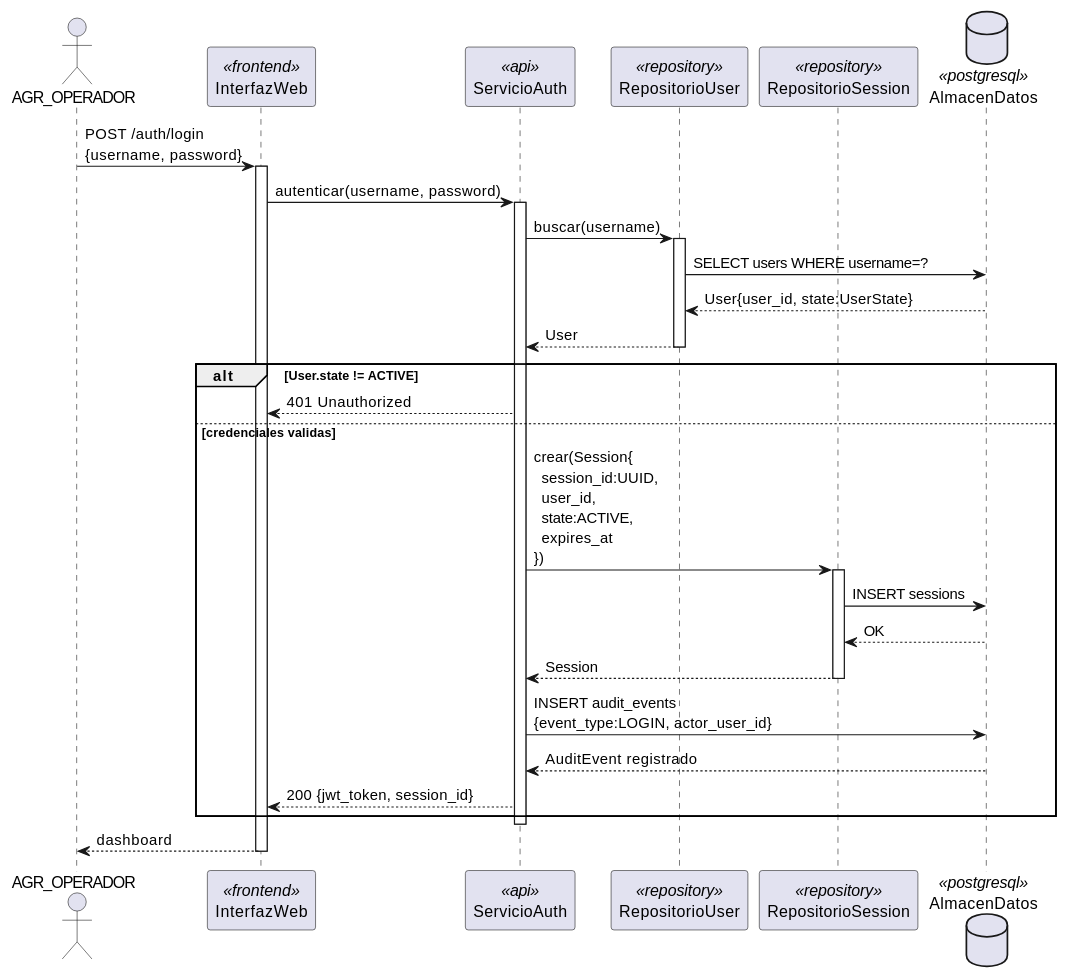
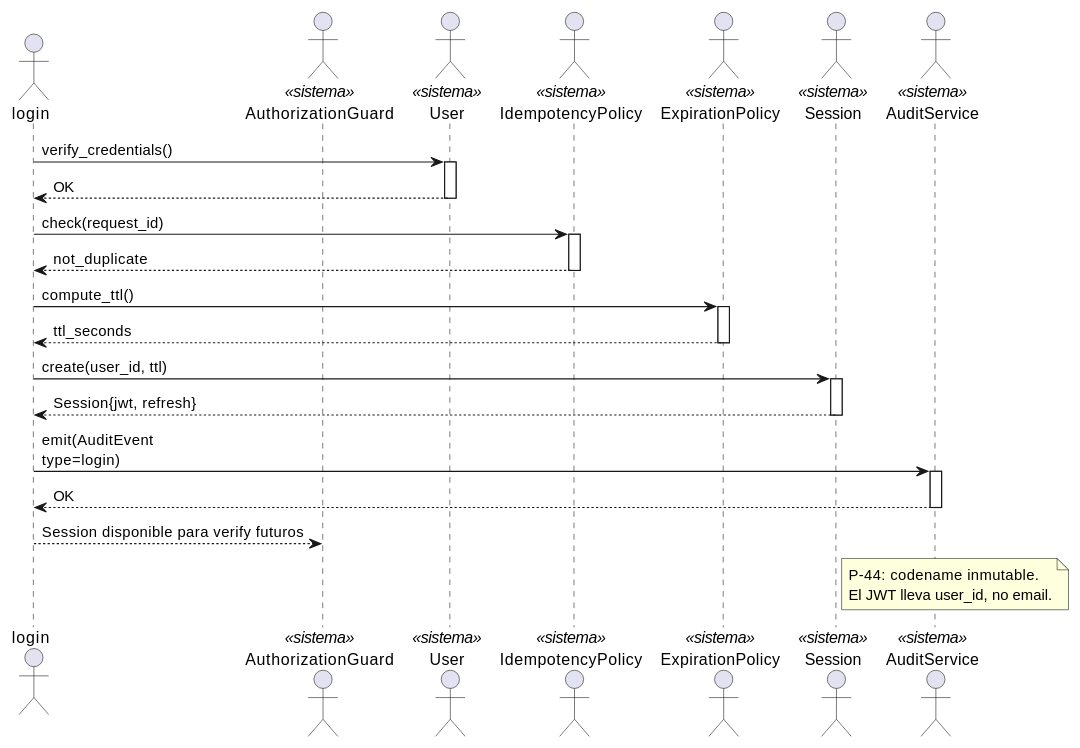
The diagram in source/arquitectura-tecnica/design-view/seq-auth.rst (jcg-admin/IACT-docs), drawn with PlantUML before and after one commit. The commit also changed other lines of this file and 12 other files, not shown here.

First line of the commit message:
Harmonize 13 design-view sequence diagrams to canonical vocab

```diff
--- a/source/arquitectura-tecnica/design-view/seq-auth.rst
+++ b/source/arquitectura-tecnica/design-view/seq-auth.rst
@@ -23,47 +24,46 @@
 .. uml::
- :caption: Design View MOD_Auth — secuencia de autenticacion y gestion de sesion.
+ :caption: MOD_Auth — login con creacion de Session.
 
  @startuml
 
- actor AGR_OPERADOR
+ actor "login" as login
+ actor "AuthorizationGuard" as AuthorizationGuard <<sistema>>
+ actor "User" as User <<sistema>>
+ actor "IdempotencyPolicy" as IdempotencyPolicy <<sistema>>
+ actor "ExpirationPolicy" as ExpirationPolicy <<sistema>>
+ actor "Session" as Session <<sistema>>
+ actor "AuditService" as AuditService <<sistema>>
 
- participant InterfazWeb      <<frontend>>
- participant ServicioAuth     <<api>>
- participant RepositorioUser  <<repository>>
- participant RepositorioSession <<repository>>
- database    AlmacenDatos     <<postgresql>>
+ login -> User : verify_credentials()
+ activate User
+ User --> login : OK
+ deactivate User
 
- AGR_OPERADOR -> InterfazWeb : POST /auth/login\n{username, password}
- activate InterfazWeb
+ login -> IdempotencyPolicy : check(request_id)
+ activate IdempotencyPolicy
+ IdempotencyPolicy --> login : not_duplicate
+ deactivate IdempotencyPolicy
 
- InterfazWeb -> ServicioAuth : autenticar(username, password)
- activate ServicioAuth
+ login -> ExpirationPolicy : compute_ttl()
+ activate ExpirationPolicy
+ ExpirationPolicy --> login : ttl_seconds
+ deactivate ExpirationPolicy
 
- ServicioAuth -> RepositorioUser : buscar(username)
- activate RepositorioUser
- RepositorioUser -> AlmacenDatos : SELECT users WHERE username=?
- AlmacenDatos --> RepositorioUser : User{user_id, state:UserState}
- RepositorioUser --> ServicioAuth : User
- deactivate RepositorioUser
+ login -> Session : create(user_id, ttl)
+ activate Session
+ Session --> login : Session{jwt, refresh}
+ deactivate Session
 
- alt User.state != ACTIVE
-   ServicioAuth --> InterfazWeb : 401 Unauthorized
- else credenciales validas
-   ServicioAuth -> RepositorioSession : crear(Session{\n  session_id:UUID,\n  user_id,\n  state:ACTIVE,\n  expires_at\n})
-   activate RepositorioSession
-   RepositorioSession -> AlmacenDatos : INSERT sessions
-   AlmacenDatos --> RepositorioSession : OK
-   RepositorioSession --> ServicioAuth : Session
-   deactivate RepositorioSession
+ login -> AuditService : emit(AuditEvent\ntype=login)
+ activate AuditService
+ AuditService --> login : OK
+ deactivate AuditService
 
-   ServicioAuth -> AlmacenDatos : INSERT audit_events\n{event_type:LOGIN, actor_user_id}
-   AlmacenDatos --> ServicioAuth : AuditEvent registrado
+ login --> AuthorizationGuard : Session disponible para verify futuros
 
-   ServicioAuth --> InterfazWeb : 200 {jwt_token, session_id}
- end
-
- deactivate ServicioAuth
- InterfazWeb --> AGR_OPERADOR : dashboard
- deactivate InterfazWeb
+ note right of Session
+   P-44: codename inmutable.
+   El JWT lleva user_id, no email.
+ end note
 
  @enduml
```
